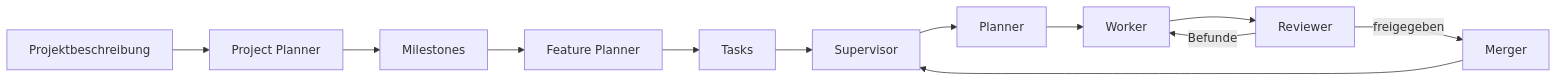
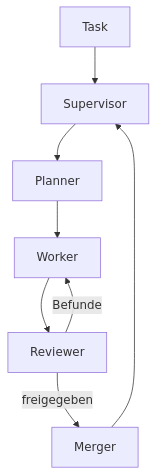
Before and after one commit to alexwenzel/ccmas: the second of 2 diagrams in README.md, drawn with Mermaid. The commit also changed other lines of this file, not shown here.

Commit message:
Improve README documentation: update project planning flowchart and enhance content clarity

````diff
--- a/README.md
+++ b/README.md
@@ -9,14 +21,10 @@
 ```mermaid
-flowchart LR
-    P[Projektbeschreibung] --> PP[Project Planner]
-    PP --> M[Milestones]
-    M --> FP[Feature Planner]
-    FP --> T[Tasks]
-    T --> S[Supervisor]
+flowchart TD
+    T[Task] --> S[Supervisor]
     S --> PL[Planner]
     PL --> W[Worker]
     W --> RV[Reviewer]
     RV -->|Befunde| W
     RV -->|freigegeben| MG[Merger]
     MG --> S
 ```
````
